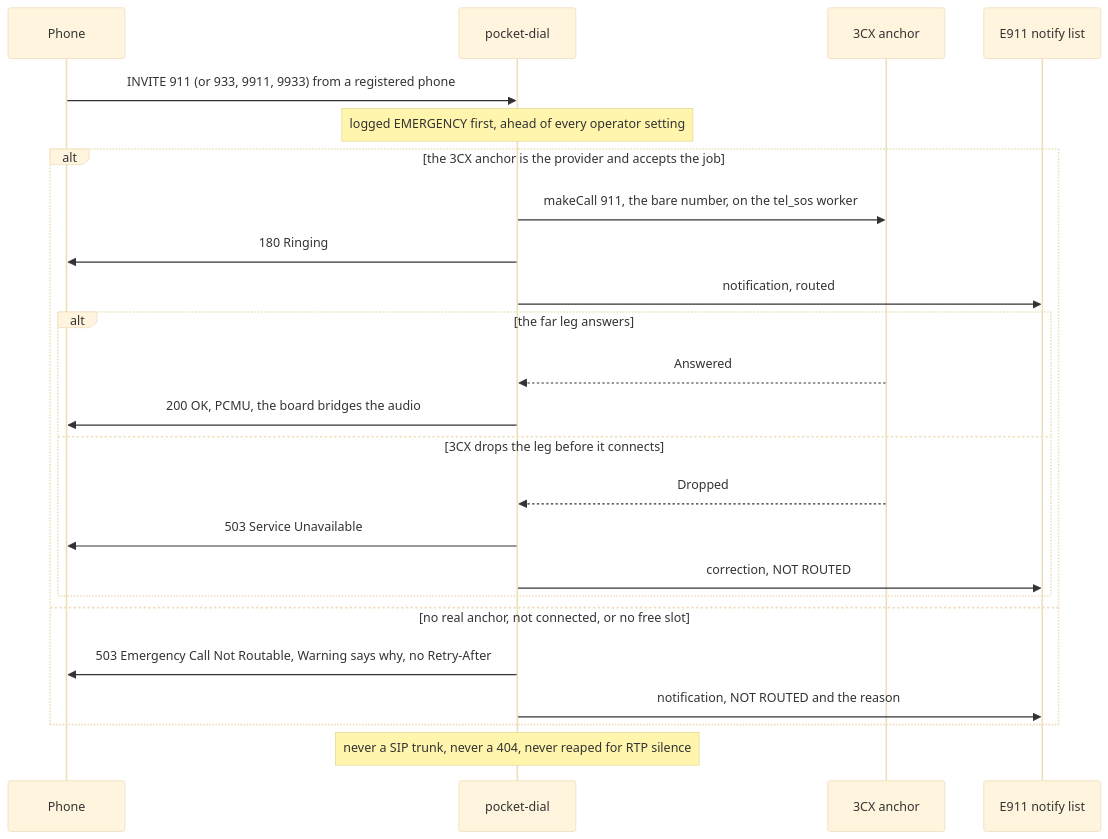
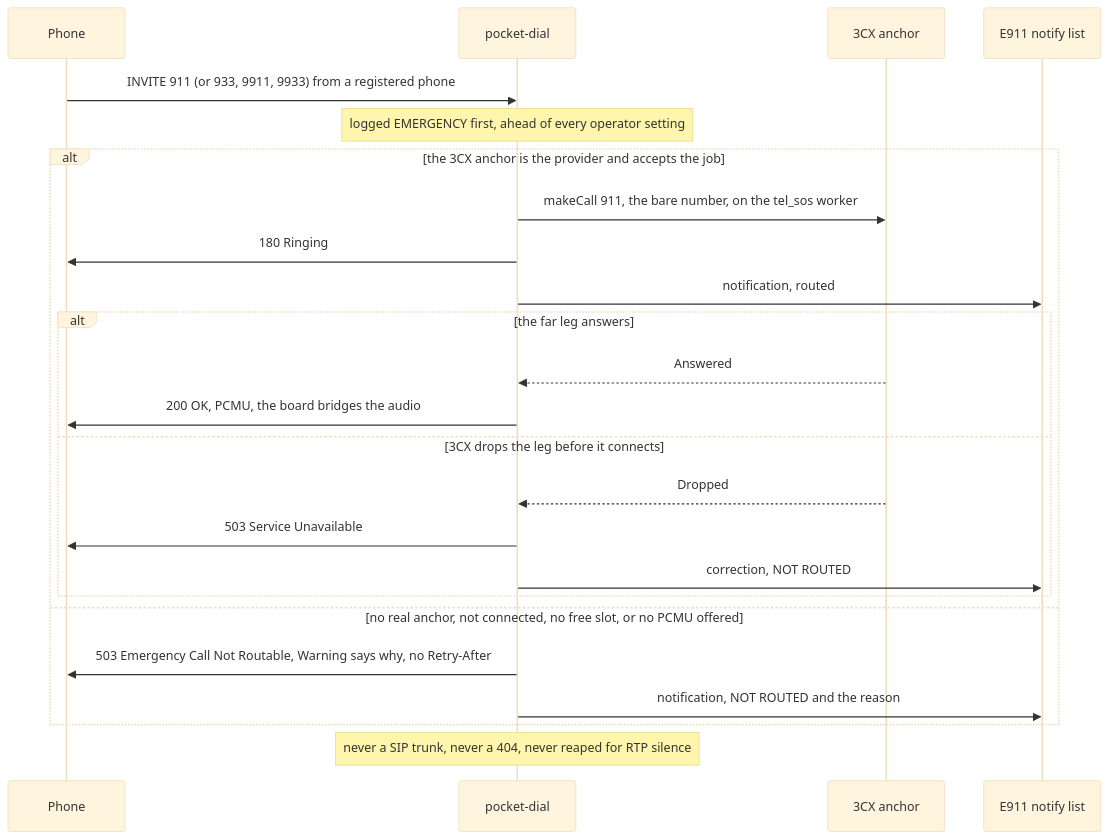
The fifth of 7 diagrams in README.md (GlomarGadaffi/pocket-dial), drawn with Mermaid (base theme) before and after one commit. The commit also changed 2 other files, not shown here.

Commit message:
docs: show the codec refusal on the site's emergency diagram
originateAnchorCall accepts PCMU only (allowPcma=false), so a 911 that
offers only PCMA or G.722 passes onInvite's 488 gate. It is then
answered 503 Emergency Call Not Routable, with the Warning "no G.711
codec offered" (RequestsHandler.cpp:5155-5160, 5455-5465).

--superlite

````diff
--- a/README.md
+++ b/README.md
@@ -115,26 +115,26 @@
 ```mermaid
 sequenceDiagram
     participant H as Phone
     participant P as pocket-dial
     participant X as 3CX anchor
     participant N as E911 notify list
     H->>P: INVITE 911 (or 933, 9911, 9933) from a registered phone
     Note over P: logged EMERGENCY first, ahead of every operator setting
     alt the 3CX anchor is the provider and accepts the job
         P->>X: makeCall 911, the bare number, on the tel_sos worker
         P->>H: 180 Ringing
         P->>N: notification, routed
         alt the far leg answers
             X-->>P: Answered
             P->>H: 200 OK, PCMU, the board bridges the audio
         else 3CX drops the leg before it connects
             X-->>P: Dropped
             P->>H: 503 Service Unavailable
             P->>N: correction, NOT ROUTED
         end
-    else no real anchor, not connected, or no free slot
+    else no real anchor, not connected, no free slot, or no PCMU offered
         P->>H: 503 Emergency Call Not Routable, Warning says why, no Retry-After
         P->>N: notification, NOT ROUTED and the reason
     end
     Note over P: never a SIP trunk, never a 404, never reaped for RTP silence
 ```
````
